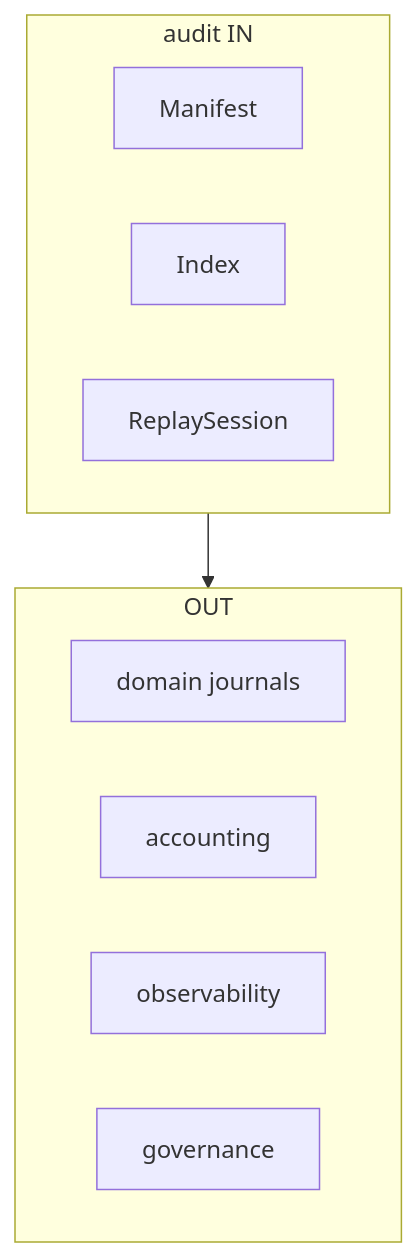
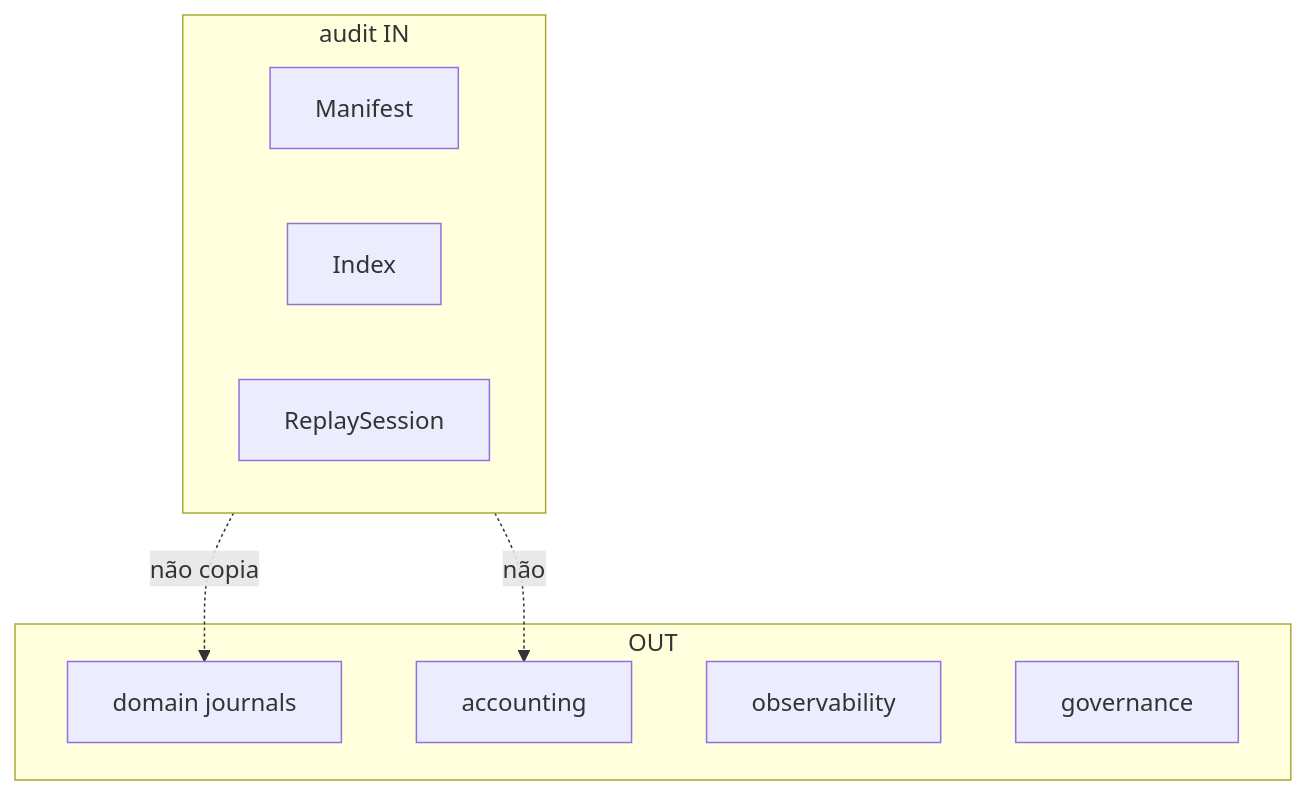
Before and after one commit to jcafeitosa/anxionOS: the diagram in docs/orchestration/modules/audit/R02-boundaries.md, drawn with Mermaid. The commit also changed other lines of this file and 7 other files, not shown here.

````diff
--- a/docs/orchestration/modules/audit/R02-boundaries.md
+++ b/docs/orchestration/modules/audit/R02-boundaries.md
@@ -41,15 +60,16 @@
 ```mermaid
 flowchart TB
   subgraph inn [audit IN]
     M[Manifest]
     I[Index]
     R[ReplaySession]
   end
   subgraph outt [OUT]
     J[domain journals]
     L[accounting]
     O[observability]
     G[governance]
   end
-  inn --> outt
+  inn -.->|não copia| J
+  inn -.->|não| L
 ```
````
